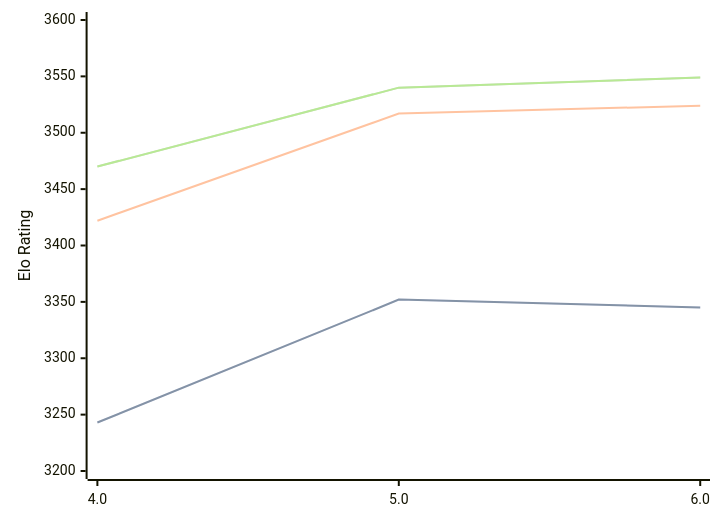
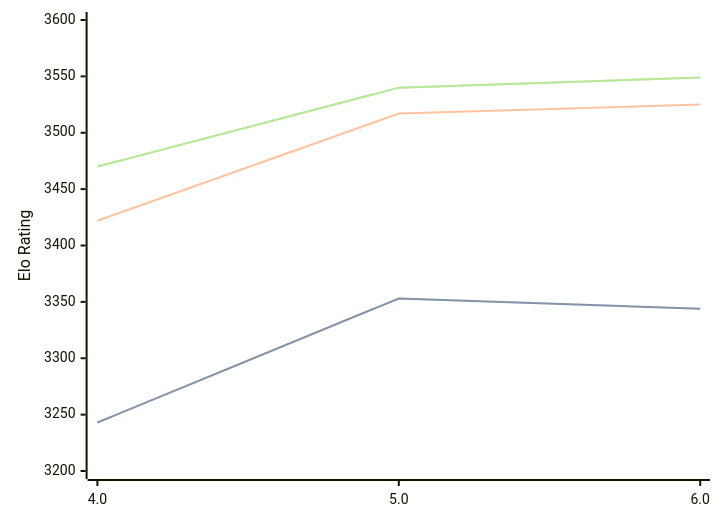
The diagram in engines/Tarnished.md (computer-chess-index/cci), drawn with Mermaid before and after one commit. The commit also changed other lines of this file, not shown here.

````diff
--- a/engines/Tarnished.md
+++ b/engines/Tarnished.md
@@ -37,11 +37,11 @@
 ```mermaid
 %%{init: {"theme":"base","themeVariables":{"seriesColors:['#a3a3a3','#222221','#faa371']}}}%%
 xychart-beta
   x-axis ["4.0", "5.0", "6.0"]
   y-axis "Elo Rating" 3200 --> 3600
-  line "STC (8.0+0.08s)" [3243, 3352, 3345]
-  line "STC (8.0+0.08s)" [3243, 3352, 3345]
-  line "LTC (60.0+0.60s)" [3422, 3517, 3524]
+  line "STC (8.0+0.08s)" [3243, 3353, 3344]
+  line "STC (8.0+0.08s)" [3243, 3353, 3344]
+  line "LTC (60.0+0.60s)" [3422, 3517, 3525]
   line "VLTC (2m24s+1.12s)" [3470, 3540, 3549]
   line "VLTC (2m24s+1.12s)" [3470, 3540, 3549]
 ```
````
